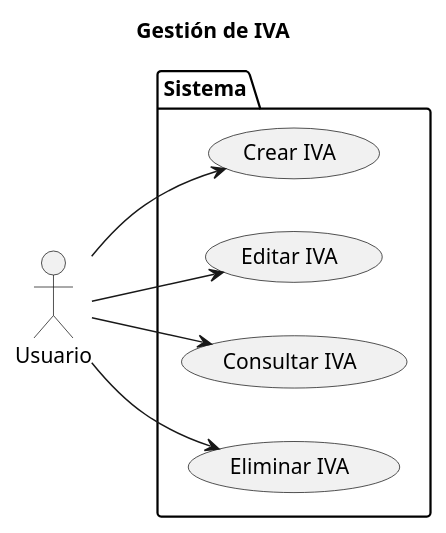
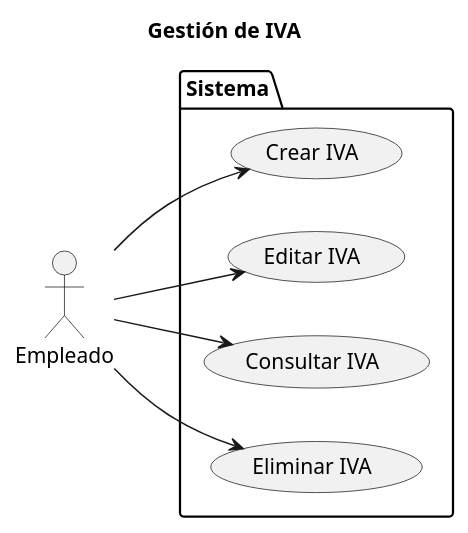
The diagram in Diagramas/caso_de_uso_IVA.plantuml (marcelolezcanodev/GarageGuru), drawn with PlantUML before and after one commit. The commit also changed 17 other files, not shown here.

```diff
--- a/Diagramas/caso_de_uso_IVA.plantuml
+++ b/Diagramas/caso_de_uso_IVA.plantuml
@@ -1,23 +1,23 @@
-@startuml usuario
+@startuml CU_Iva
 
 left to right direction
 
 title Gestión de IVA
 
-actor Usuario as User
+actor Empleado as User
 
 package Sistema {
 
     USECASE "Crear IVA" as UC_Registrar
     USECASE "Editar IVA" as UC_Editar
     USECASE "Consultar IVA" as UC_Consultar
     USECASE "Eliminar IVA" as UC_Eliminar
 
 }
 
 User --> UC_Registrar
 User --> UC_Editar
 User --> UC_Consultar
 User --> UC_Eliminar
 
 @enduml
```
